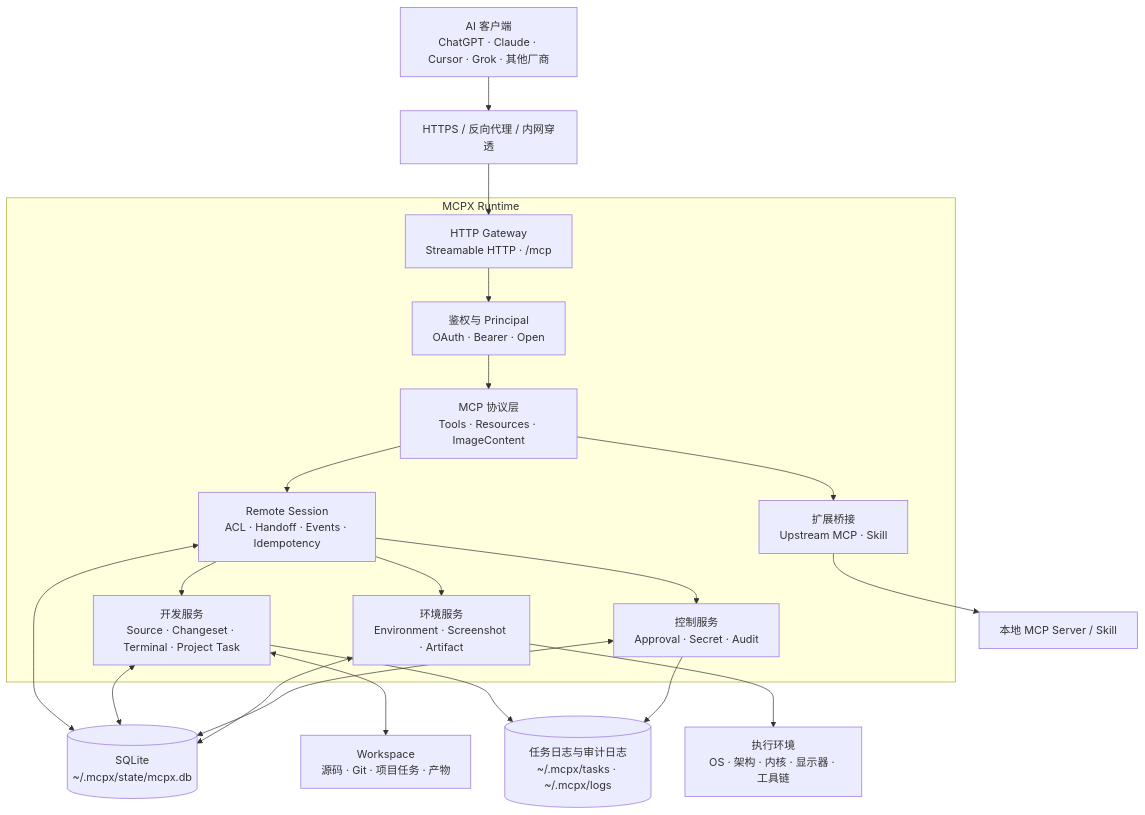
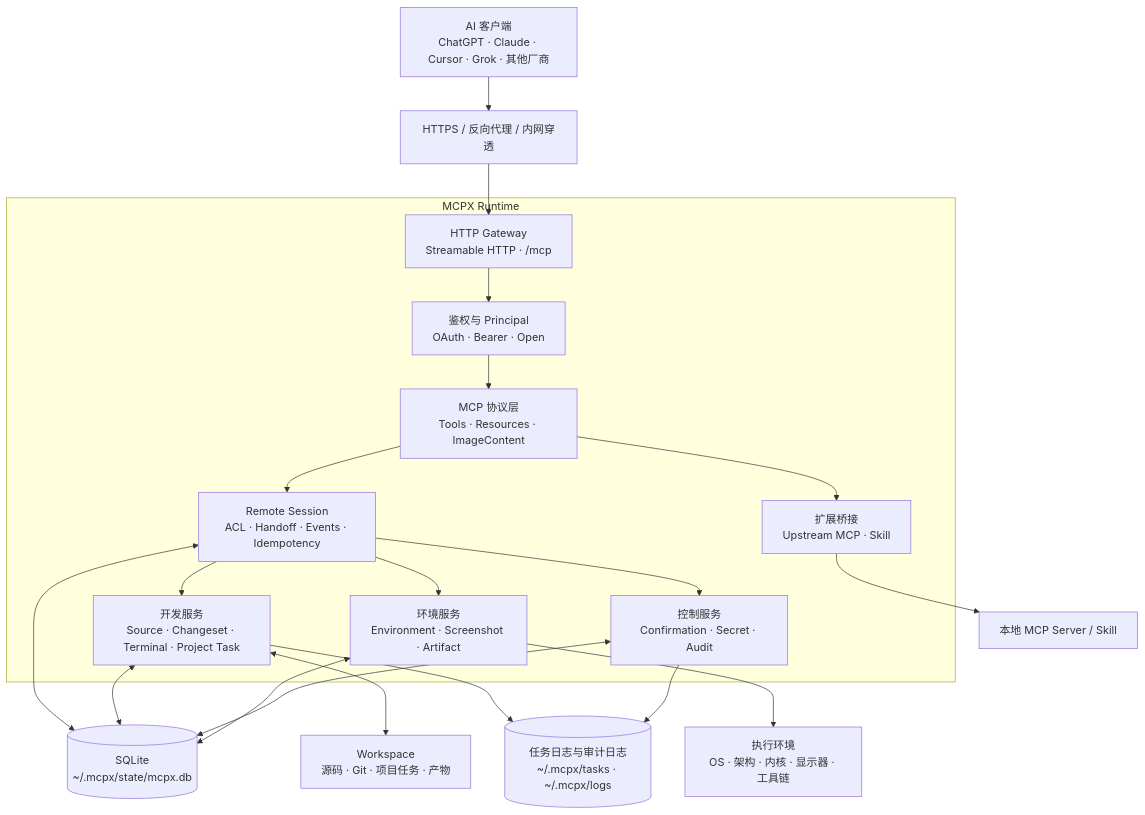
One commit to catlog22/mcpx-for-pmf changed the diagram in README.md. Above: the diagram before and after it, drawn with Mermaid. The commit also changed other lines of this file and 67 other files, not shown here.

````diff
--- a/README.md
+++ b/README.md
@@ -34,39 +34,39 @@
 ```mermaid
 flowchart TB
     Client["AI 客户端<br/>ChatGPT · Claude · Cursor · Grok · 其他厂商"]
     Ingress["HTTPS / 反向代理 / 内网穿透"]
 
     subgraph Runtime["MCPX Runtime"]
         Gateway["HTTP Gateway<br/>Streamable HTTP · /mcp"]
         Identity["鉴权与 Principal<br/>OAuth · Bearer · Open"]
         Protocol["MCP 协议层<br/>Tools · Resources · ImageContent"]
         Remote["Remote Session<br/>ACL · Handoff · Events · Idempotency"]
         Development["开发服务<br/>Source · Changeset · Terminal · Project Task"]
         Context["环境服务<br/>Environment · Screenshot · Artifact"]
-        Control["控制服务<br/>Approval · Secret · Audit"]
+        Control["控制服务<br/>Confirmation · Secret · Audit"]
         Extension["扩展桥接<br/>Upstream MCP · Skill"]
     end
 
     Database[("SQLite<br/>~/.mcpx/state/mcpx.db")]
     Logs[("任务日志与审计日志<br/>~/.mcpx/tasks · ~/.mcpx/logs")]
     Workspace["Workspace<br/>源码 · Git · 项目任务 · 产物"]
     Host["执行环境<br/>OS · 架构 · 内核 · 显示器 · 工具链"]
     Upstream["本地 MCP Server / Skill"]
 
     Client --> Ingress --> Gateway --> Identity --> Protocol
     Protocol --> Remote
     Remote --> Development
     Remote --> Context
     Remote --> Control
     Protocol --> Extension
 
     Remote <--> Database
     Development <--> Database
     Context <--> Database
     Control <--> Database
     Development <--> Workspace
     Development --> Logs
     Control --> Logs
     Context --> Host
     Extension --> Upstream
 ```
````
